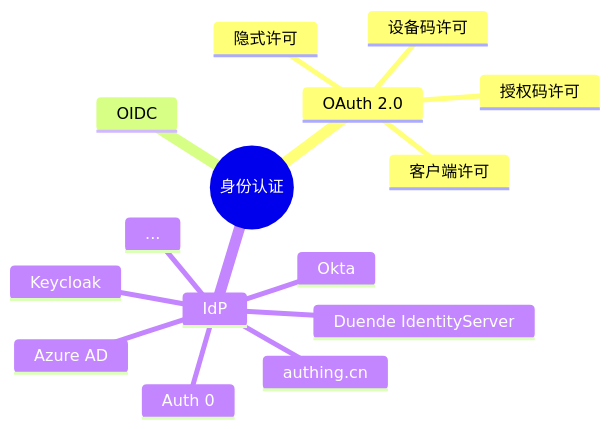
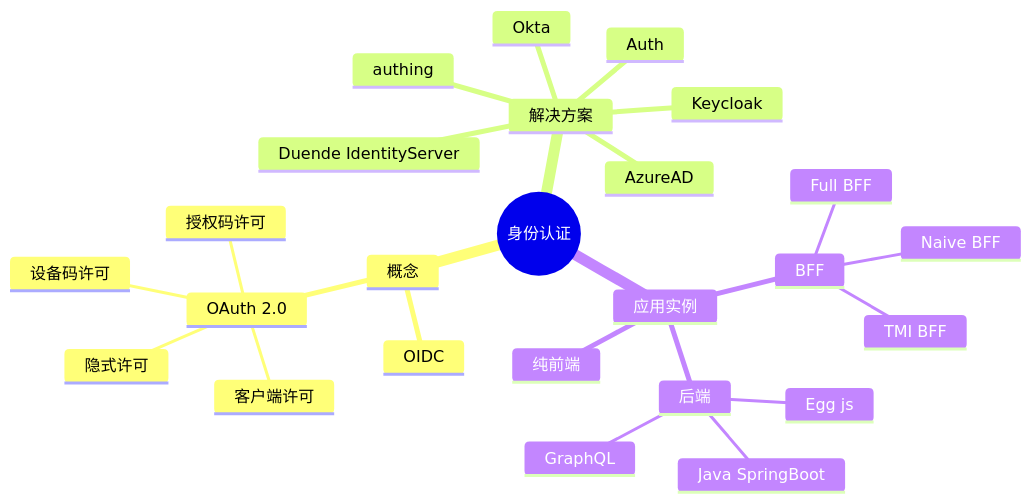
One commit to Jeff-Tian/AllAboutIdentity changed the diagram in docs/idea.md. Above: the diagram before and after it, drawn with Mermaid.

Commit message:
docs(UNI-110): add 应用实例

````diff
--- a/docs/idea.md
+++ b/docs/idea.md
@@ -5,20 +5,28 @@
 ```mermaid
 mindmap
   root((身份认证))
-    OAuth 2.0
-      授权码许可
-      ::icon(fa fa-book)
-      客户端许可
-      隐式许可
-      设备码许可
-    OIDC
-      
-    IdP
-      authing.cn
+    概念
+      OAuth 2.0
+        授权码许可
+        客户端许可
+        隐式许可
+        设备码许可
+      OIDC
+    解决方案
+      authing
       Keycloak
       Duende IdentityServer
       Okta
-      Auth 0
-      Azure AD
-      ...
+      Auth
+      AzureAD
+    应用实例
+      纯前端
+      BFF
+        Naive BFF
+        TMI BFF
+        Full BFF
+      后端
+        Java SpringBoot
+        Egg js
+        GraphQL
 ```
````
